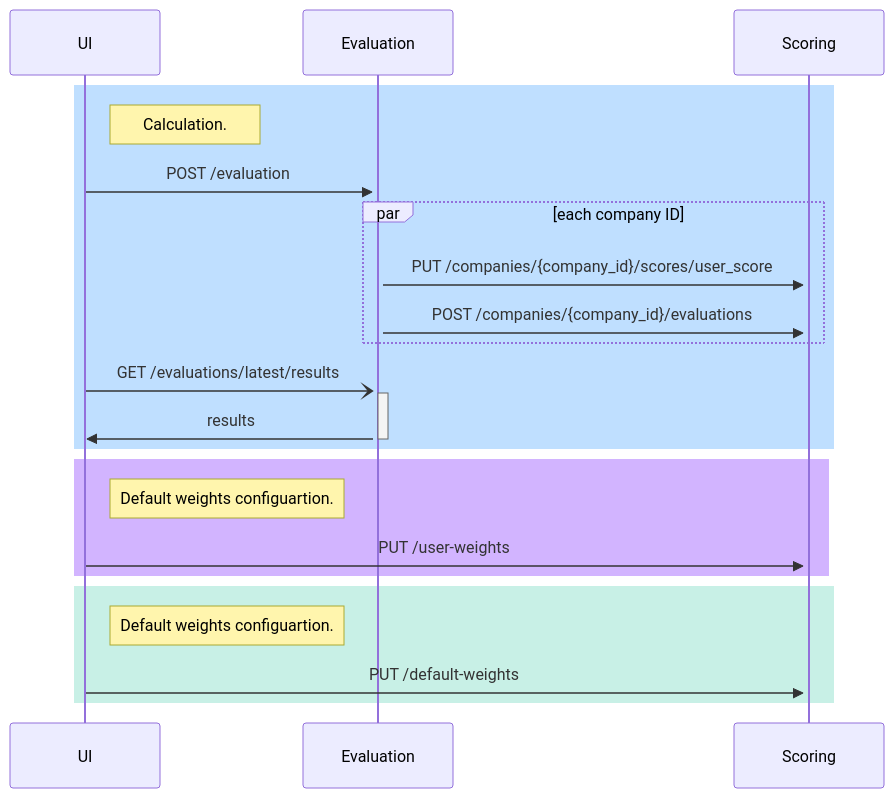
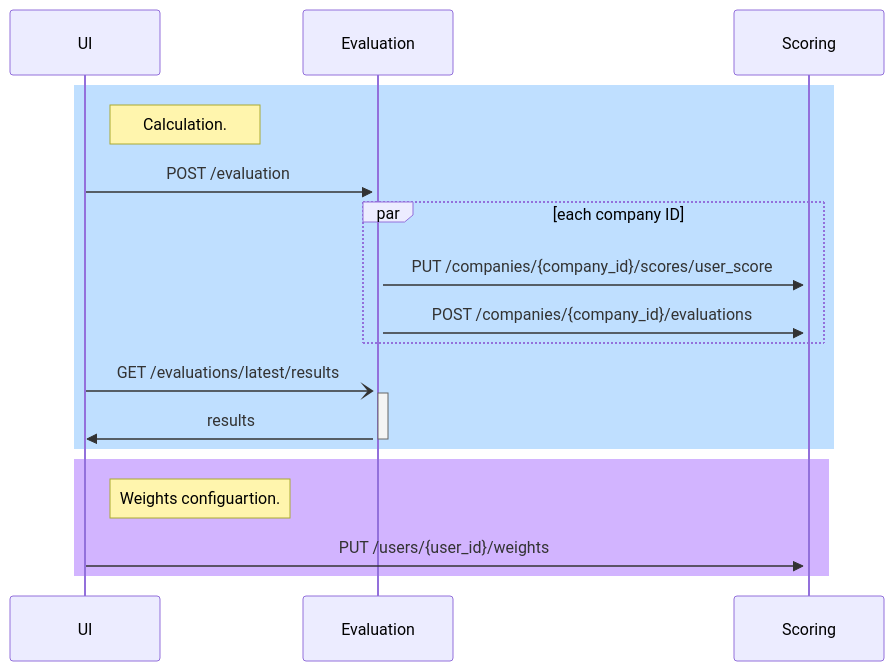
The third of 3 diagrams in README.md (guyslab/company_evaluation), drawn with Mermaid before and after one commit. The commit also changed 18 other files, not shown here.

````diff
--- a/README.md
+++ b/README.md
@@ -52,24 +52,20 @@
 ```mermaid
 sequenceDiagram
     participant UI
     participant Evaluation
     participant Scoring
     rect rgb(191, 223, 255)
         note right of UI: Calculation.
         UI->>+Evaluation: POST /evaluation
         par each company ID
             Evaluation->>+Scoring: PUT /companies/{company_id}/scores/user_score
             Evaluation->>+Scoring: POST /companies/{company_id}/evaluations
         end
         UI-)+Evaluation: GET /evaluations/latest/results
         Evaluation->>-UI: results
     end
     rect rgb(210, 180, 255)
-        note right of UI: Default weights configuartion.
-        UI->>+Scoring: PUT /user-weights
-    end
-    rect rgb(200, 240, 230)
-        note right of UI: Default weights configuartion.
-        UI->>+Scoring: PUT /default-weights
+        note right of UI: Weights configuartion.
+        UI->>+Scoring: PUT /users/{user_id}/weights
     end
 ```
````
